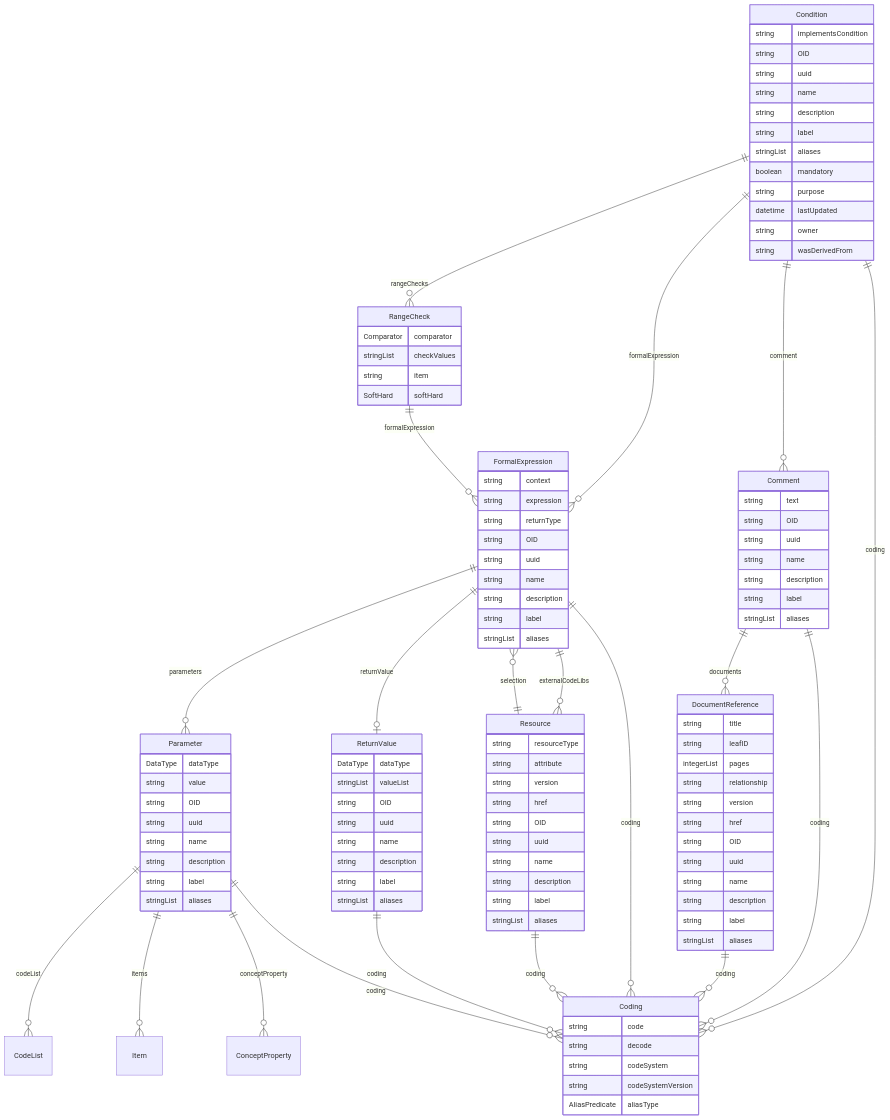
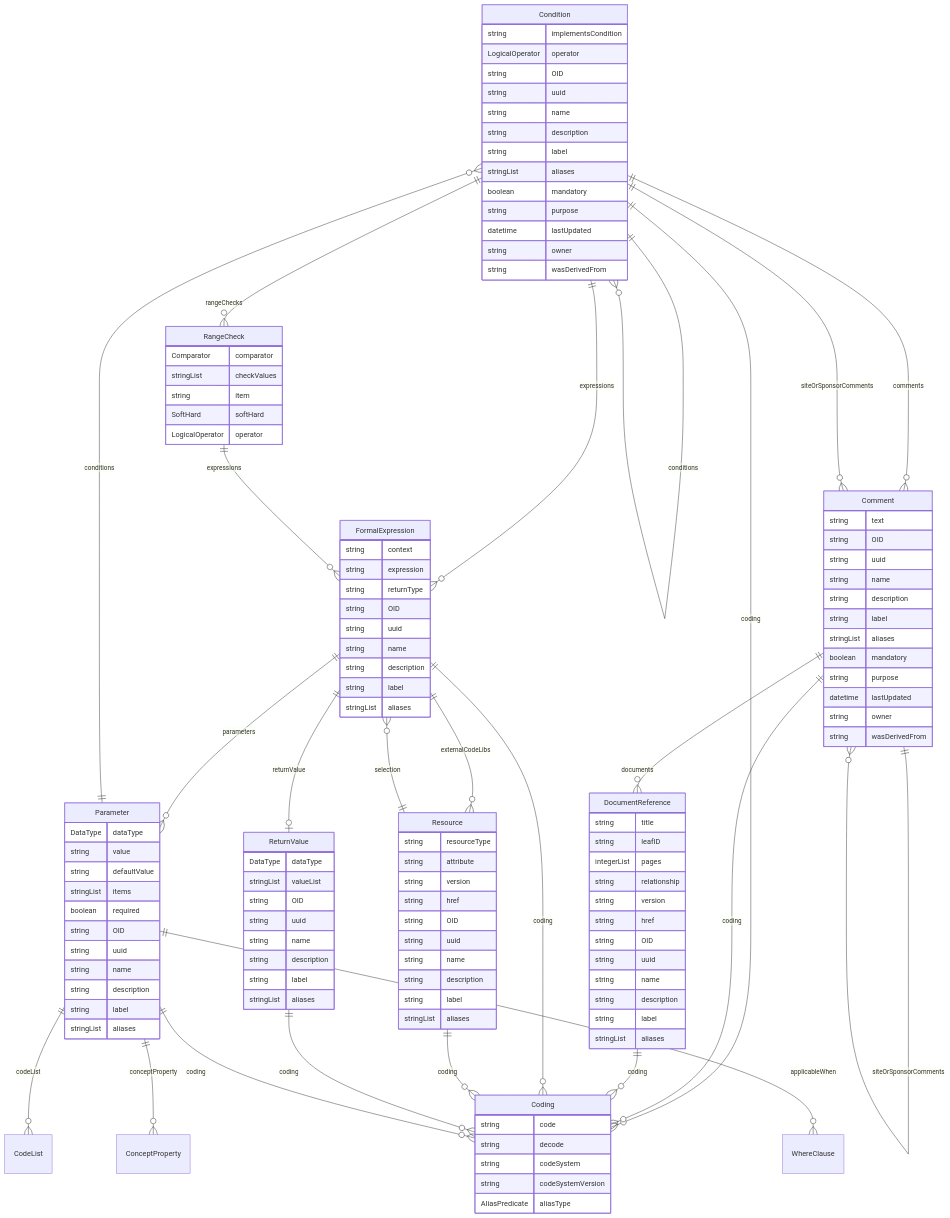
The diagram in docs/classes/Condition.md (TeMeta/define-json), drawn with Mermaid before and after one commit. The commit also changed other lines of this file and 260 other files, not shown here.

````diff
--- a/docs/classes/Condition.md
+++ b/docs/classes/Condition.md
@@ -17,6 +17,7 @@
 erDiagram
 Condition {
     string implementsCondition  
+    LogicalOperator operator  
     string OID  
     string uuid  
     string name  
@@ -37,6 +38,11 @@
     string description  
     string label  
     stringList aliases  
+    boolean mandatory  
+    string purpose  
+    datetime lastUpdated  
+    string owner  
+    string wasDerivedFrom  
 }
 Coding {
     string code  
@@ -95,6 +101,9 @@
 Parameter {
     DataType dataType  
     string value  
+    string defaultValue  
+    stringList items  
+    boolean required  
     string OID  
     string uuid  
     string name  
@@ -107,14 +116,19 @@
     stringList checkValues  
     string item  
     SoftHard softHard  
+    LogicalOperator operator  
 }
 
 Condition ||--}o RangeCheck : "rangeChecks"
-Condition ||--}o FormalExpression : "formalExpression"
+Condition ||--}o FormalExpression : "expressions"
+Condition ||--}o Condition : "conditions"
 Condition ||--}o Coding : "coding"
-Condition ||--}o Comment : "comment"
+Condition ||--}o Comment : "comments"
+Condition ||--}o Comment : "siteOrSponsorComments"
 Comment ||--}o DocumentReference : "documents"
 Comment ||--}o Coding : "coding"
+Comment ||--}o Comment : "comments"
+Comment ||--}o Comment : "siteOrSponsorComments"
 DocumentReference ||--}o Coding : "coding"
 FormalExpression ||--}o Parameter : "parameters"
 FormalExpression ||--|o ReturnValue : "returnValue"
@@ -124,9 +138,10 @@
 Resource ||--}o Coding : "coding"
 ReturnValue ||--}o Coding : "coding"
 Parameter ||--}o CodeList : "codeList"
-Parameter ||--}o Item : "items"
 Parameter ||--}o ConceptProperty : "conceptProperty"
+Parameter ||--}o WhereClause : "applicableWhen"
+Parameter ||--}o Condition : "conditions"
 Parameter ||--}o Coding : "coding"
-RangeCheck ||--}o FormalExpression : "formalExpression"
+RangeCheck ||--}o FormalExpression : "expressions"
 
 ```
````
